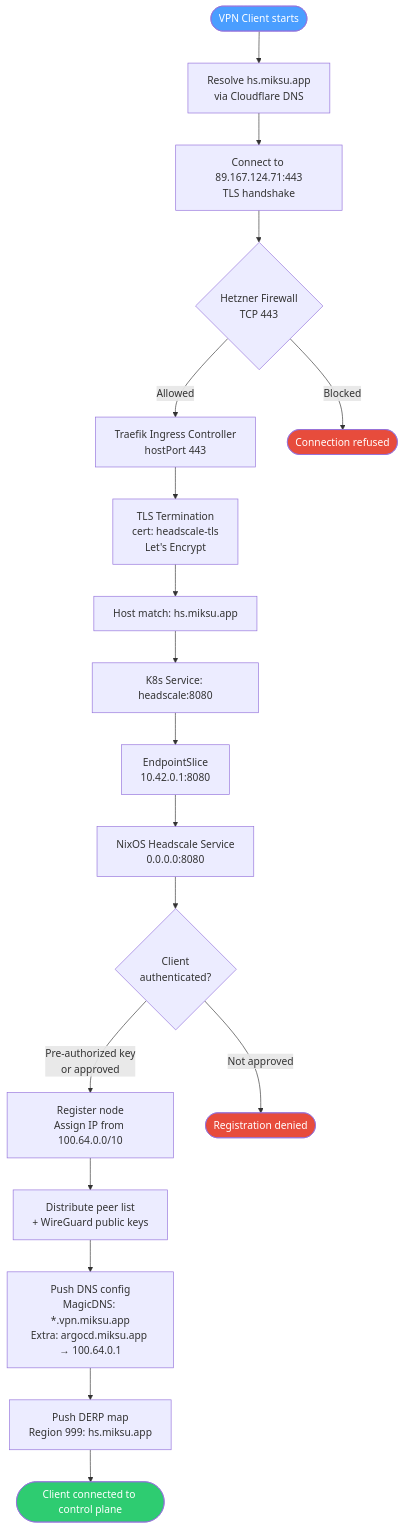
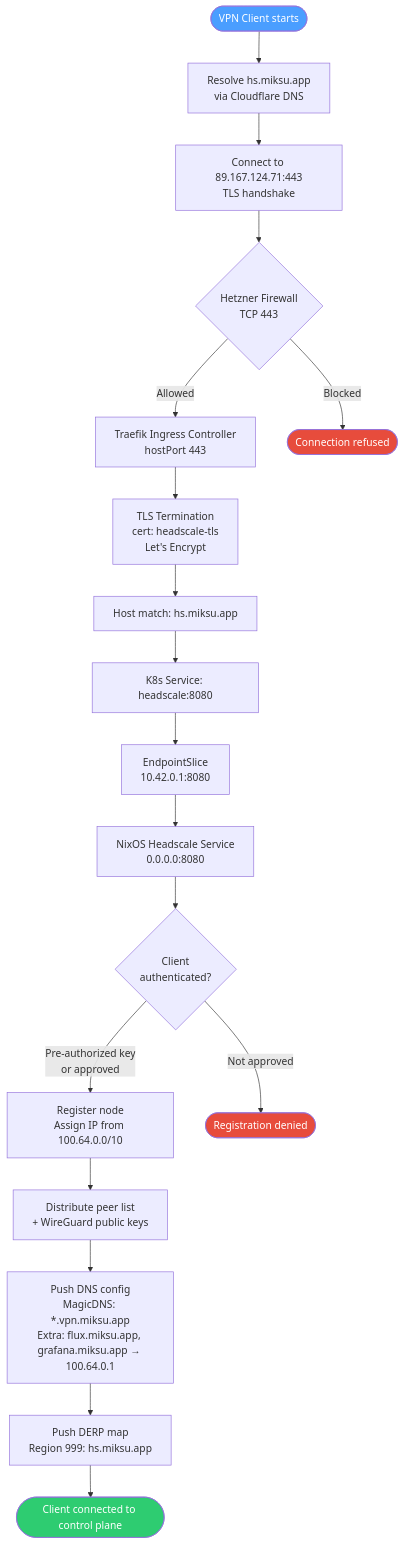
One commit to MikaelSiidorow/systems changed the second of 4 diagrams in docs/headscale-network-diagram.md. Above: the diagram before and after it, drawn with Mermaid. The commit also changed other lines of this file and 22 other files, not shown here.

````diff
--- a/docs/headscale-network-diagram.md
+++ b/docs/headscale-network-diagram.md
@@ -73,29 +73,29 @@
 ```mermaid
 flowchart TD
     START([VPN Client starts]) --> DNS[Resolve hs.miksu.app<br/>via Cloudflare DNS]
     DNS --> CONNECT[Connect to 89.167.124.71:443<br/>TLS handshake]
 
     CONNECT --> HFW{Hetzner Firewall<br/>TCP 443}
     HFW -->|Allowed| TRAEFIK[Traefik Ingress Controller<br/>hostPort 443]
     HFW -->|Blocked| REJECT([Connection refused])
 
     TRAEFIK --> TLS[TLS Termination<br/>cert: headscale-tls<br/>Let's Encrypt]
     TLS --> MATCH[Host match: hs.miksu.app]
     MATCH --> K8S_SVC[K8s Service: headscale:8080]
     K8S_SVC --> ENDPOINT[EndpointSlice<br/>10.42.0.1:8080]
     ENDPOINT --> HEADSCALE[NixOS Headscale Service<br/>0.0.0.0:8080]
 
     HEADSCALE --> AUTH{Client<br/>authenticated?}
     AUTH -->|Pre-authorized key<br/>or approved| REGISTER[Register node<br/>Assign IP from 100.64.0.0/10]
     AUTH -->|Not approved| DENY([Registration denied])
 
     REGISTER --> PEERLIST[Distribute peer list<br/>+ WireGuard public keys]
-    PEERLIST --> DNSCONFIG[Push DNS config<br/>MagicDNS: *.vpn.miksu.app<br/>Extra: argocd.miksu.app → 100.64.0.1]
+    PEERLIST --> DNSCONFIG[Push DNS config<br/>MagicDNS: *.vpn.miksu.app<br/>Extra: flux.miksu.app, grafana.miksu.app → 100.64.0.1]
     DNSCONFIG --> DERP_MAP[Push DERP map<br/>Region 999: hs.miksu.app]
     DERP_MAP --> CONNECTED([Client connected to control plane])
 
     style START fill:#4a9eff,color:#fff
     style CONNECTED fill:#2ecc71,color:#fff
     style REJECT fill:#e74c3c,color:#fff
     style DENY fill:#e74c3c,color:#fff
 ```
````
